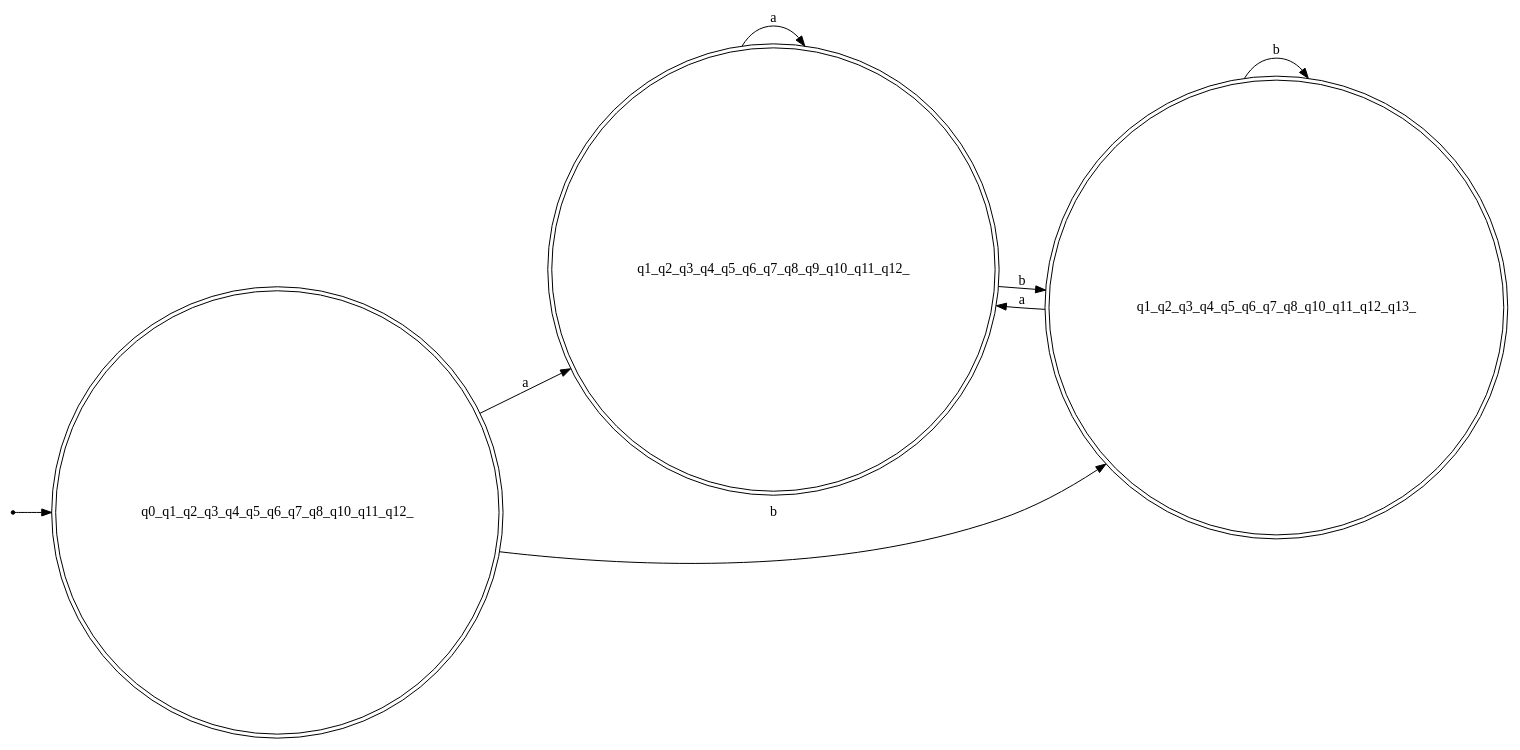
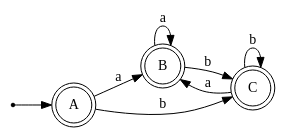
One commit to ecarcamo/theory-of-computation changed the diagram in proyecto1/dotout/dfa_002.dot. Above: the diagram before and after it, drawn with Graphviz. The commit also changed 9 other files, not shown here.

```diff
--- a/proyecto1/dotout/dfa_002.dot
+++ b/proyecto1/dotout/dfa_002.dot
@@ -1,15 +1,19 @@
+// Subconjuntos DFA:
+// B = q1_q2_q3_q4_q5_q6_q7_q8_q9_q10_q11_q12_
+// C = q1_q2_q3_q4_q5_q6_q7_q8_q10_q11_q12_q13_
+// A = q0_q1_q2_q3_q4_q5_q6_q7_q8_q10_q11_q12_
 digraph DFA {
   rankdir=LR;
   node [shape=circle];
   s [shape=point];
-  s -> q0_q1_q2_q3_q4_q5_q6_q7_q8_q10_q11_q12_;
-  q0_q1_q2_q3_q4_q5_q6_q7_q8_q10_q11_q12_ [shape=doublecircle];
-  q1_q2_q3_q4_q5_q6_q7_q8_q9_q10_q11_q12_ [shape=doublecircle];
-  q1_q2_q3_q4_q5_q6_q7_q8_q10_q11_q12_q13_ [shape=doublecircle];
-  q0_q1_q2_q3_q4_q5_q6_q7_q8_q10_q11_q12_ -> q1_q2_q3_q4_q5_q6_q7_q8_q9_q10_q11_q12_ [label="a"];
-  q0_q1_q2_q3_q4_q5_q6_q7_q8_q10_q11_q12_ -> q1_q2_q3_q4_q5_q6_q7_q8_q10_q11_q12_q13_ [label="b"];
-  q1_q2_q3_q4_q5_q6_q7_q8_q9_q10_q11_q12_ -> q1_q2_q3_q4_q5_q6_q7_q8_q9_q10_q11_q12_ [label="a"];
-  q1_q2_q3_q4_q5_q6_q7_q8_q9_q10_q11_q12_ -> q1_q2_q3_q4_q5_q6_q7_q8_q10_q11_q12_q13_ [label="b"];
-  q1_q2_q3_q4_q5_q6_q7_q8_q10_q11_q12_q13_ -> q1_q2_q3_q4_q5_q6_q7_q8_q9_q10_q11_q12_ [label="a"];
-  q1_q2_q3_q4_q5_q6_q7_q8_q10_q11_q12_q13_ -> q1_q2_q3_q4_q5_q6_q7_q8_q10_q11_q12_q13_ [label="b"];
+  s -> A;
+  A [shape=doublecircle];
+  B [shape=doublecircle];
+  C [shape=doublecircle];
+  A -> B [label="a"];
+  A -> C [label="b"];
+  B -> C [label="b"];
+  B -> B [label="a"];
+  C -> C [label="b"];
+  C -> B [label="a"];
 }
```
